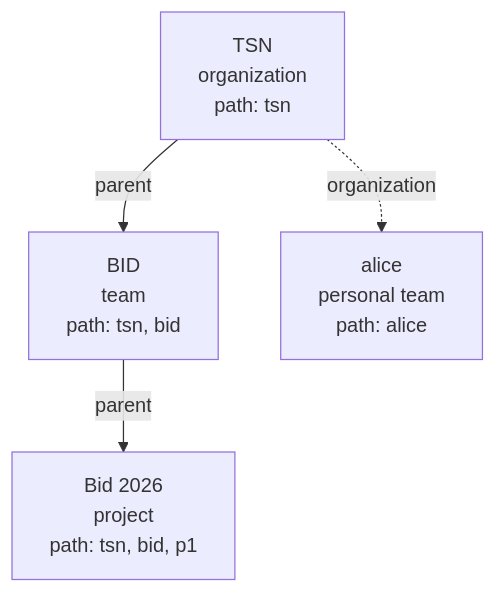
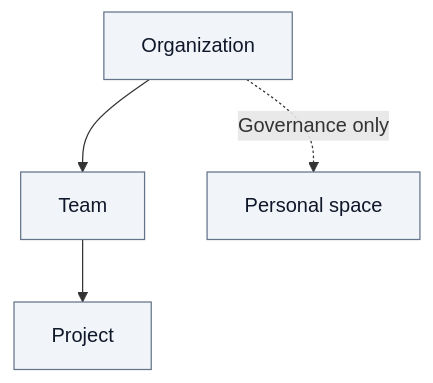
The diagram in docs/architecture/04-organizations.md (ThalesGroup/fred), drawn with Mermaid before and after one commit. The commit also changed other lines of this file and 32 other files, not shown here.

Commit message:
docs: simplify Weaver architecture and define editorial scope

````diff
--- a/docs/architecture/04-organizations.md
+++ b/docs/architecture/04-organizations.md
@@ -98,10 +9,8 @@
 ```mermaid
 flowchart TB
-    tsn["TSN<br/>organization<br/>path: tsn"]
-    bid["BID<br/>team<br/>path: tsn, bid"]
-    alice["alice<br/>personal team<br/>path: alice"]
-    p1["Bid 2026<br/>project<br/>path: tsn, bid, p1"]
-    tsn -- parent --> bid
-    bid -- parent --> p1
-    tsn -. organization .-> alice
+    organization["Organization"] --> team["Team"]
+    team --> project["Project"]
+    organization -. "Governance only" .-> personal["Personal space"]
+
+    classDef default fill:#F1F5F9,stroke:#64748B,color:#0F172A
 ```
````
